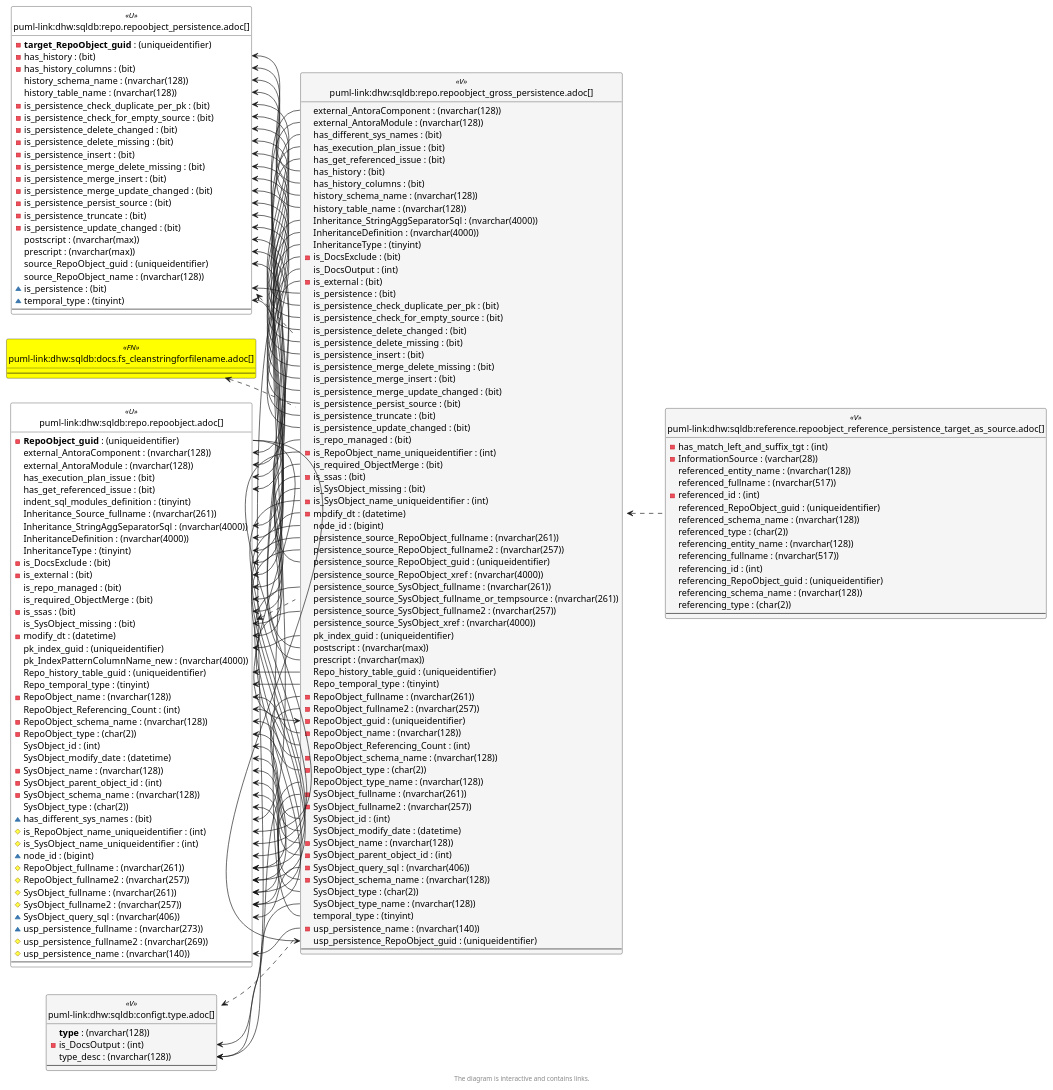
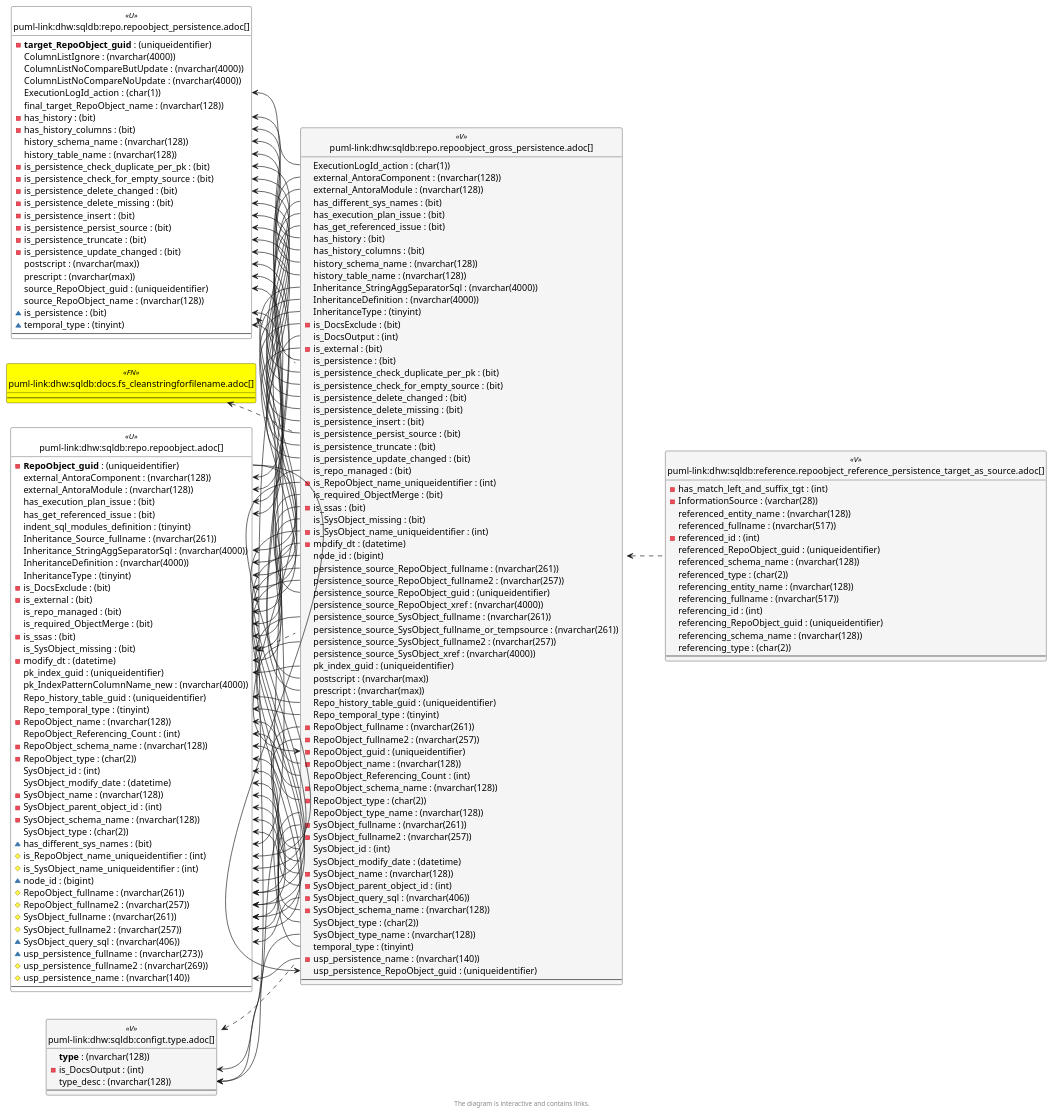
The sixth of 6 diagrams in docs/modules/sqldb/partials/content/repo.repoobject_gross_persistence.adoc (DataHandwerk/dhw-antora-sqldb), drawn with PlantUML before and after one commit. The commit also changed other lines of this file and 751 other files, not shown here.

```diff
--- a/docs/modules/sqldb/partials/content/repo.repoobject_gross_persistence.adoc
+++ b/docs/modules/sqldb/partials/content/repo.repoobject_gross_persistence.adoc
@@ -4216,6 +4165,7 @@
 }
 
 entity "puml-link:dhw:sqldb:repo.repoobject_gross_persistence.adoc[]" as repo.RepoObject_gross_persistence << V >> {
+  ExecutionLogId_action : (char(1))
   external_AntoraComponent : (nvarchar(128))
   external_AntoraModule : (nvarchar(128))
   has_different_sys_names : (bit)
@@ -4237,9 +4187,6 @@
   is_persistence_delete_changed : (bit)
   is_persistence_delete_missing : (bit)
   is_persistence_insert : (bit)
-  is_persistence_merge_delete_missing : (bit)
-  is_persistence_merge_insert : (bit)
-  is_persistence_merge_update_changed : (bit)
   is_persistence_persist_source : (bit)
   is_persistence_truncate : (bit)
   is_persistence_update_changed : (bit)
@@ -4290,6 +4237,11 @@
 
 entity "puml-link:dhw:sqldb:repo.repoobject_persistence.adoc[]" as repo.RepoObject_persistence << U >> {
   - **target_RepoObject_guid** : (uniqueidentifier)
+  ColumnListIgnore : (nvarchar(4000))
+  ColumnListNoCompareButUpdate : (nvarchar(4000))
+  ColumnListNoCompareNoUpdate : (nvarchar(4000))
+  ExecutionLogId_action : (char(1))
+  final_target_RepoObject_name : (nvarchar(128))
   - has_history : (bit)
   - has_history_columns : (bit)
   history_schema_name : (nvarchar(128))
@@ -4299,9 +4251,6 @@
   - is_persistence_delete_changed : (bit)
   - is_persistence_delete_missing : (bit)
   - is_persistence_insert : (bit)
-  - is_persistence_merge_delete_missing : (bit)
-  - is_persistence_merge_insert : (bit)
-  - is_persistence_merge_update_changed : (bit)
   - is_persistence_persist_source : (bit)
   - is_persistence_truncate : (bit)
   - is_persistence_update_changed : (bit)
@@ -4347,8 +4296,8 @@
 "repo.RepoObject::RepoObject_fullname" <-- "repo.RepoObject_gross_persistence::persistence_source_RepoObject_fullname"
 "repo.RepoObject::RepoObject_fullname2" <-- "repo.RepoObject_gross_persistence::persistence_source_RepoObject_fullname2"
 "repo.RepoObject::RepoObject_fullname2" <-- "repo.RepoObject_gross_persistence::RepoObject_fullname2"
+"repo.RepoObject::RepoObject_guid" <-- "repo.RepoObject_gross_persistence::RepoObject_guid"
 "repo.RepoObject::RepoObject_guid" <-- "repo.RepoObject_gross_persistence::usp_persistence_RepoObject_guid"
-"repo.RepoObject::RepoObject_guid" <-- "repo.RepoObject_gross_persistence::RepoObject_guid"
 "repo.RepoObject::RepoObject_name" <-- "repo.RepoObject_gross_persistence::RepoObject_name"
 "repo.RepoObject::RepoObject_Referencing_Count" <-- "repo.RepoObject_gross_persistence::RepoObject_Referencing_Count"
 "repo.RepoObject::RepoObject_schema_name" <-- "repo.RepoObject_gross_persistence::RepoObject_schema_name"
@@ -4365,6 +4314,7 @@
 "repo.RepoObject::SysObject_schema_name" <-- "repo.RepoObject_gross_persistence::SysObject_schema_name"
 "repo.RepoObject::SysObject_type" <-- "repo.RepoObject_gross_persistence::SysObject_type"
 "repo.RepoObject::usp_persistence_name" <-- "repo.RepoObject_gross_persistence::usp_persistence_name"
+"repo.RepoObject_persistence::ExecutionLogId_action" <-- "repo.RepoObject_gross_persistence::ExecutionLogId_action"
 "repo.RepoObject_persistence::has_history" <-- "repo.RepoObject_gross_persistence::has_history"
 "repo.RepoObject_persistence::has_history_columns" <-- "repo.RepoObject_gross_persistence::has_history_columns"
 "repo.RepoObject_persistence::history_schema_name" <-- "repo.RepoObject_gross_persistence::history_schema_name"
@@ -4375,9 +4325,6 @@
 "repo.RepoObject_persistence::is_persistence_delete_changed" <-- "repo.RepoObject_gross_persistence::is_persistence_delete_changed"
 "repo.RepoObject_persistence::is_persistence_delete_missing" <-- "repo.RepoObject_gross_persistence::is_persistence_delete_missing"
 "repo.RepoObject_persistence::is_persistence_insert" <-- "repo.RepoObject_gross_persistence::is_persistence_insert"
-"repo.RepoObject_persistence::is_persistence_merge_delete_missing" <-- "repo.RepoObject_gross_persistence::is_persistence_merge_delete_missing"
-"repo.RepoObject_persistence::is_persistence_merge_insert" <-- "repo.RepoObject_gross_persistence::is_persistence_merge_insert"
-"repo.RepoObject_persistence::is_persistence_merge_update_changed" <-- "repo.RepoObject_gross_persistence::is_persistence_merge_update_changed"
 "repo.RepoObject_persistence::is_persistence_persist_source" <-- "repo.RepoObject_gross_persistence::is_persistence_persist_source"
 "repo.RepoObject_persistence::is_persistence_truncate" <-- "repo.RepoObject_gross_persistence::is_persistence_truncate"
 "repo.RepoObject_persistence::is_persistence_update_changed" <-- "repo.RepoObject_gross_persistence::is_persistence_update_changed"
```
